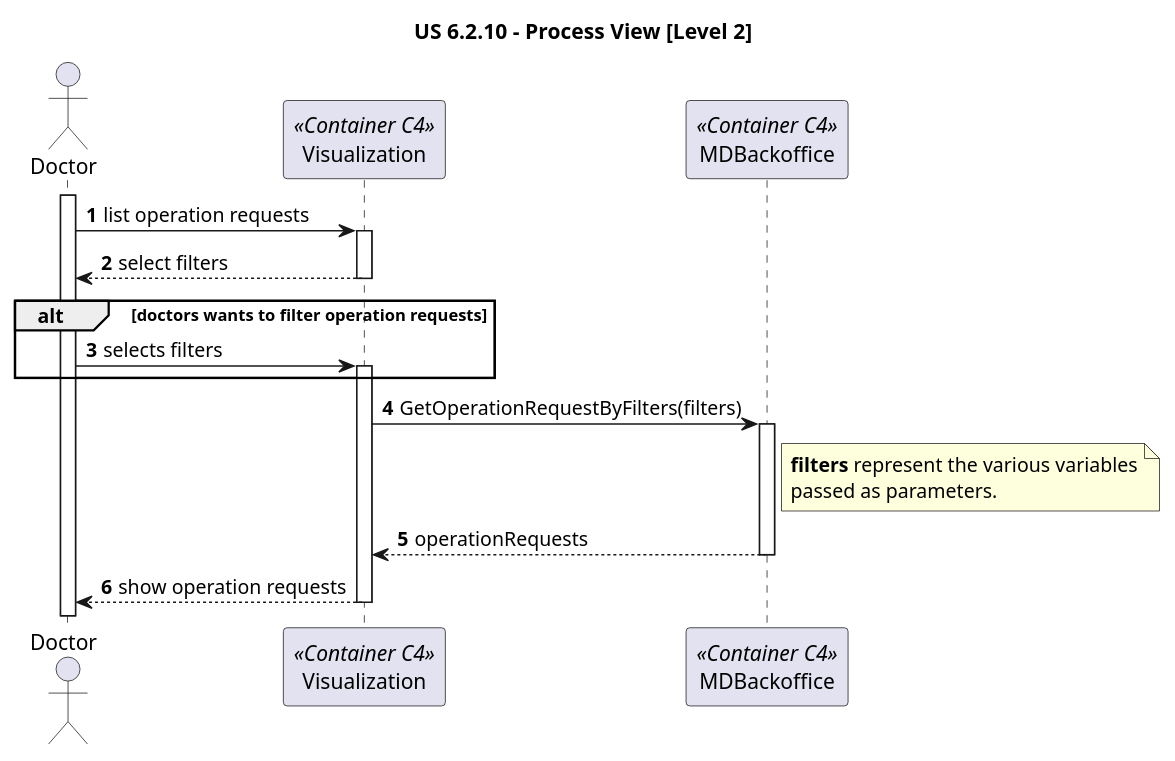
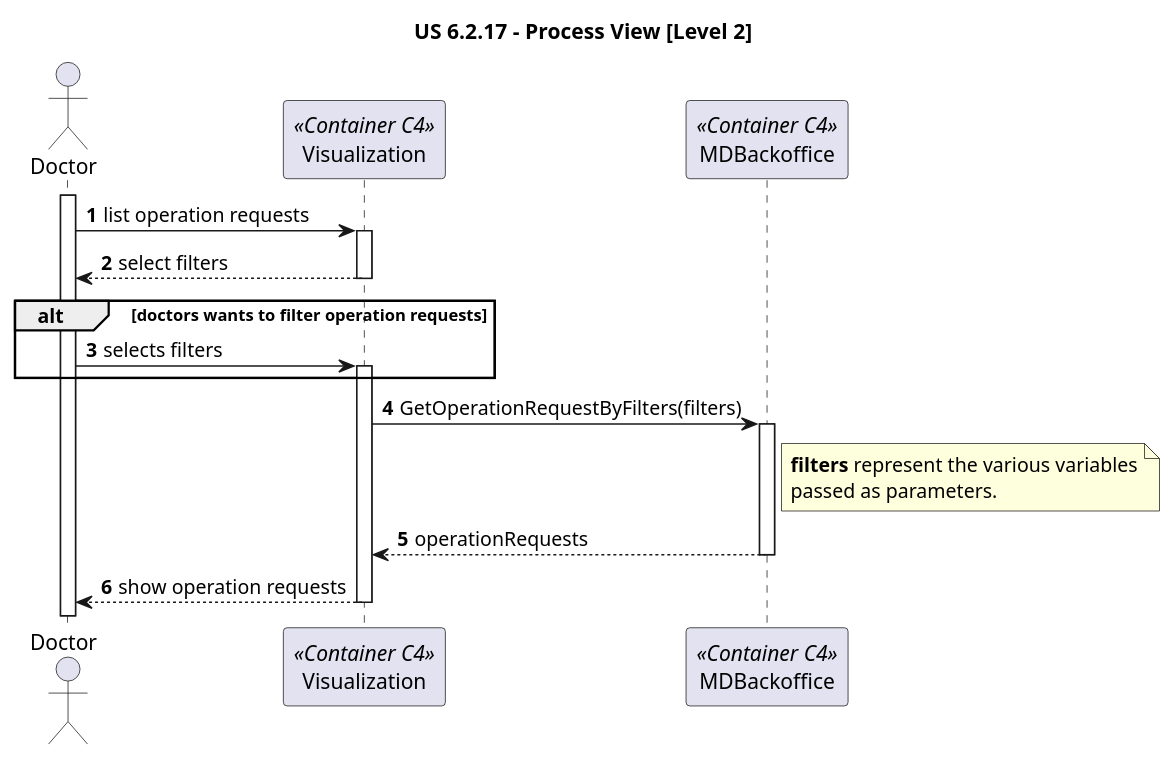
One commit to rita-barbosa/LAPR5-2425 changed the diagram in docs/sprint-2/1220841/us-6.2.17/diagrams/level-2-process-view.puml. Above: the diagram before and after it, drawn with PlantUML. The commit also changed 10 other files, not shown here.

Commit message:
DG38-442 | docs: corrects the titles of the process view diagrams.

```diff
--- a/docs/sprint-2/1220841/us-6.2.17/diagrams/level-2-process-view.puml
+++ b/docs/sprint-2/1220841/us-6.2.17/diagrams/level-2-process-view.puml
@@ -1,35 +1,35 @@
 @startuml
 
-title "US 6.2.10 - Process View [Level 2]"
+title "US 6.2.17 - Process View [Level 2]"
 
 autonumber
 
 actor Doctor as ADM
 participant "Visualization" as VIS <<Container C4>>
 participant "MDBackoffice" as SYS <<Container C4>>
 
 activate ADM
 ADM -> VIS : list operation requests
 activate VIS
 
 VIS --> ADM: select filters
 deactivate VIS
 
 alt doctors wants to filter operation requests
 
 ADM -> VIS: selects filters
 activate VIS
 
 end alt 
 
 VIS -> SYS : GetOperationRequestByFilters(filters)
 activate SYS
 note right of SYS: **filters** represent the various variables\npassed as parameters.
 
 SYS --> VIS: operationRequests
 deactivate SYS
 
 VIS --> ADM: show operation requests
 deactivate VIS
 
 @enduml
```
